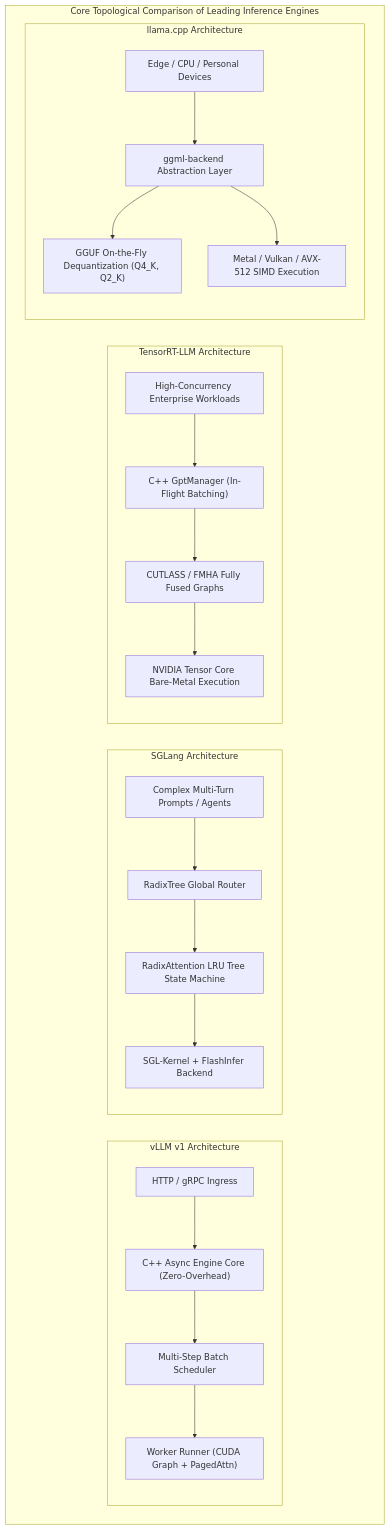
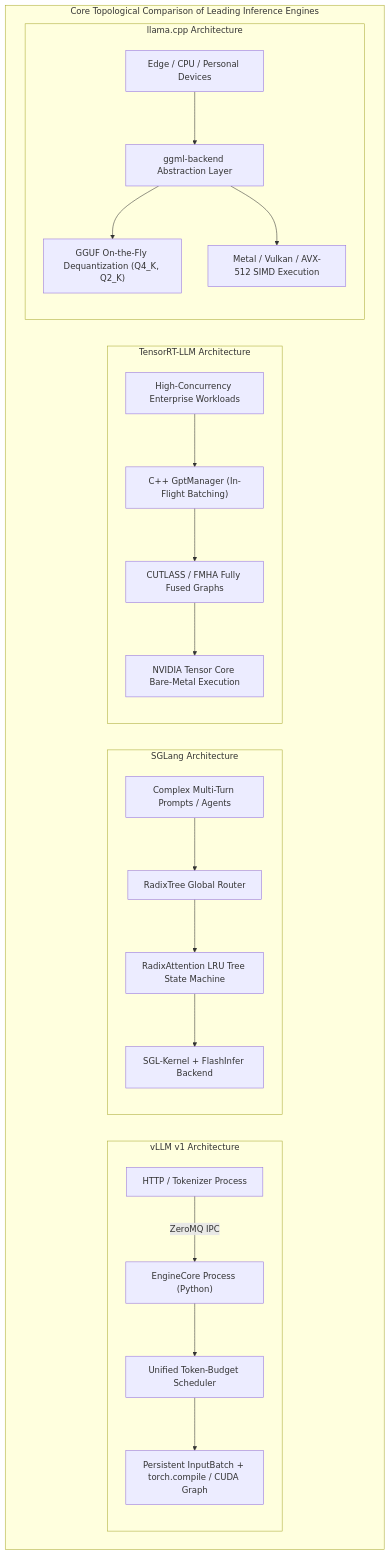
One commit to ifnodoraemon/ifnodoraemon.github.io changed the first of 2 diagrams in content/en/articles/inference-engines-core-architecture-internals.en.md. Above: the diagram before and after it, drawn with Mermaid. The commit also changed other lines of this file and 171 other files, not shown here.

````diff
--- a/content/en/articles/inference-engines-core-architecture-internals.en.md
+++ b/content/en/articles/inference-engines-core-architecture-internals.en.md
@@ -57,28 +57,28 @@
 ```mermaid
 flowchart TD
     subgraph ArchComparison["Core Topological Comparison of Leading Inference Engines"]
         subgraph VLLM["vLLM v1 Architecture"]
-            V_IN["HTTP / gRPC Ingress"] --> V_ENG["C++ Async Engine Core (Zero-Overhead)"]
-            V_ENG --> V_SCHED["Multi-Step Batch Scheduler"]
-            V_SCHED --> V_RUN["Worker Runner (CUDA Graph + PagedAttn)"]
+            V_IN["HTTP / Tokenizer Process"] -->|"ZeroMQ IPC"| V_ENG["EngineCore Process (Python)"]
+            V_ENG --> V_SCHED["Unified Token-Budget Scheduler"]
+            V_SCHED --> V_RUN["Persistent InputBatch + torch.compile / CUDA Graph"]
         end
 
         subgraph SGL["SGLang Architecture"]
             S_IN["Complex Multi-Turn Prompts / Agents"] --> S_ROUTER["RadixTree Global Router"]
             S_ROUTER --> S_TREE["RadixAttention LRU Tree State Machine"]
             S_TREE --> S_RUN["SGL-Kernel + FlashInfer Backend"]
         end
 
         subgraph TRT["TensorRT-LLM Architecture"]
             T_IN["High-Concurrency Enterprise Workloads"] --> T_MGR["C++ GptManager (In-Flight Batching)"]
             T_MGR --> T_FUSED["CUTLASS / FMHA Fully Fused Graphs"]
             T_FUSED --> T_GPU["NVIDIA Tensor Core Bare-Metal Execution"]
         end
 
         subgraph LLAMA["llama.cpp Architecture"]
             L_IN["Edge / CPU / Personal Devices"] --> L_CORE["ggml-backend Abstraction Layer"]
             L_CORE --> L_QUANT["GGUF On-the-Fly Dequantization (Q4_K, Q2_K)"]
             L_CORE --> L_METAL["Metal / Vulkan / AVX-512 SIMD Execution"]
         end
     end
 ```
````
